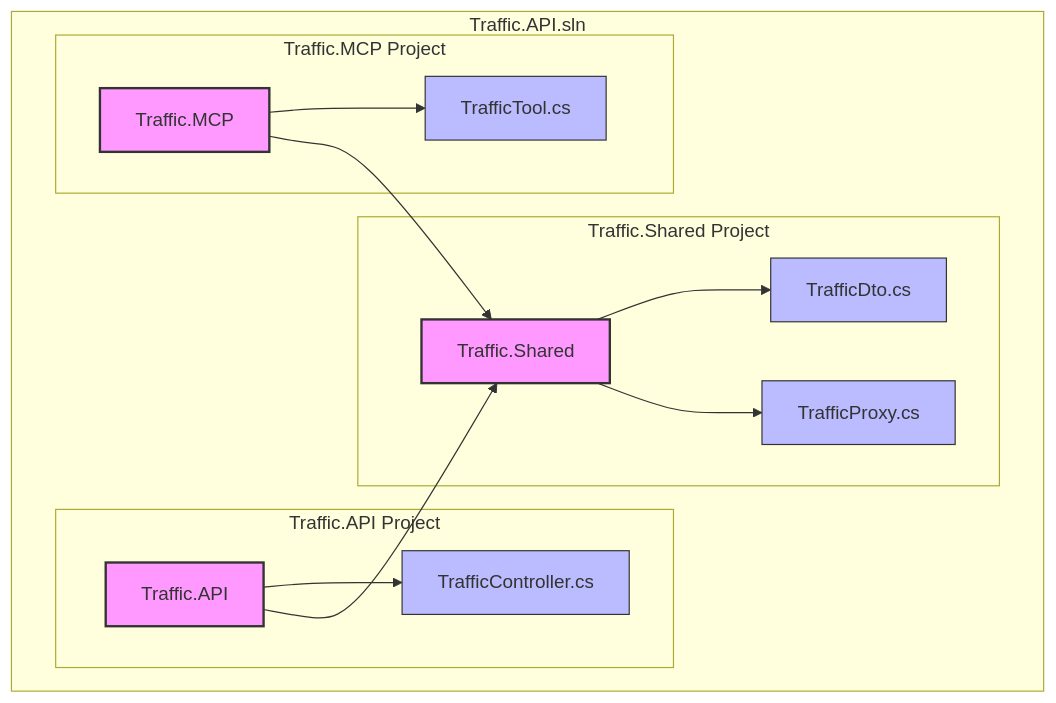
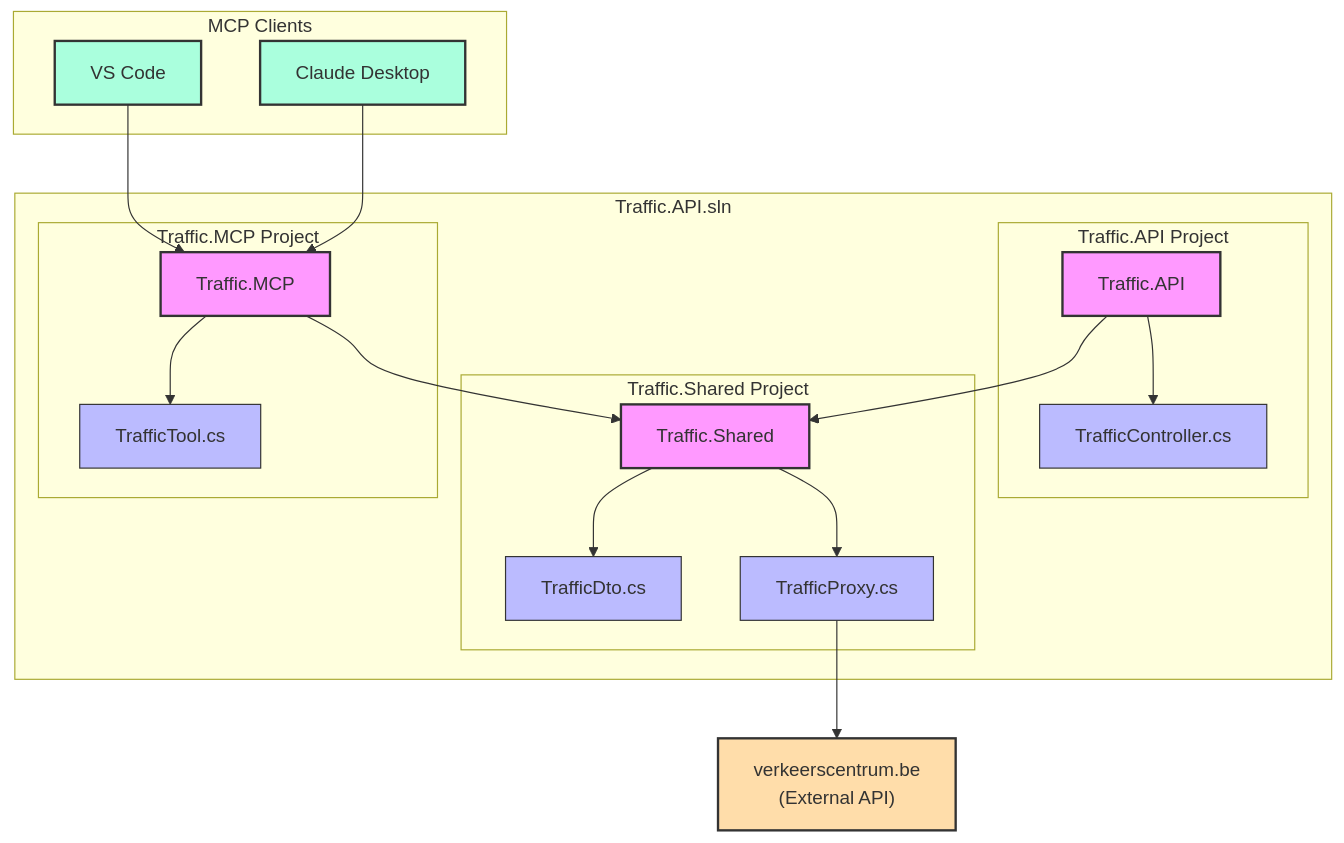
One commit to jeroenmaes/traffic-api changed the diagram in README.md. Above: the diagram before and after it, drawn with Mermaid.

Commit message:
update diagram

````diff
--- a/README.md
+++ b/README.md
@@ -10,26 +10,37 @@
 ```mermaid
 graph TD
     subgraph "Traffic.API.sln"
         subgraph "Traffic.API Project"
             API["Traffic.API"] --> TrafficCtrl["TrafficController.cs"] 
         end
 
-    subgraph "Traffic.Shared Project"
+        subgraph "Traffic.Shared Project"
             Shared["Traffic.Shared"] --> TrafficDto["TrafficDto.cs"]
             Shared --> TrafficProxy["TrafficProxy.cs"]           
         end
 
-    subgraph "Traffic.MCP Project"
+        subgraph "Traffic.MCP Project"
             MCP["Traffic.MCP"] --> MCPTool["TrafficTool.cs"]            
-    end      
+        end      
         API --> Shared
         MCP --> Shared
     end
 
+    subgraph "MCP Clients"
+        VSCode["VS Code"] --> MCP
+        Claude["Claude Desktop"] --> MCP
+    end
+
+    TrafficProxy --> ExternalAPI["verkeerscentrum.be<br/>(External API)"]
+
     classDef project fill:#f9f,stroke:#333,stroke-width:2px;
     classDef file fill:#bbf,stroke:#333,stroke-width:1px;
     classDef folder fill:#ddf,stroke:#333,stroke-width:1px;
+    classDef consumer fill:#afd,stroke:#333,stroke-width:2px;
+    classDef external fill:#fda,stroke:#333,stroke-width:2px;
 
     class API,MCP,Shared project;
     class TrafficCtrl,TrafficDto,TrafficProxy,MCPTool file;
+    class VSCode,Claude consumer;
+    class ExternalAPI external;
 ```
````
